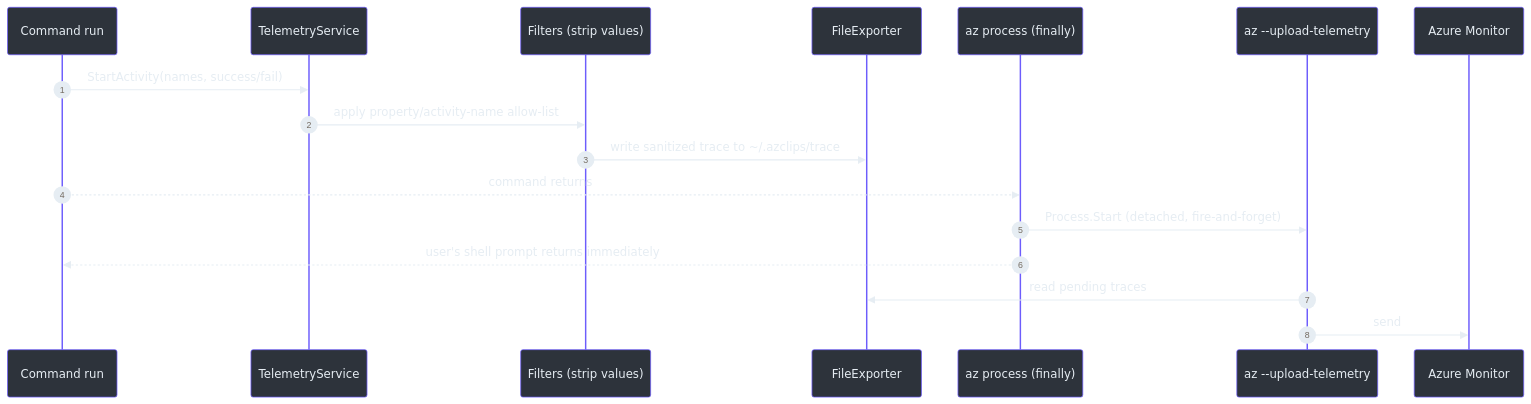
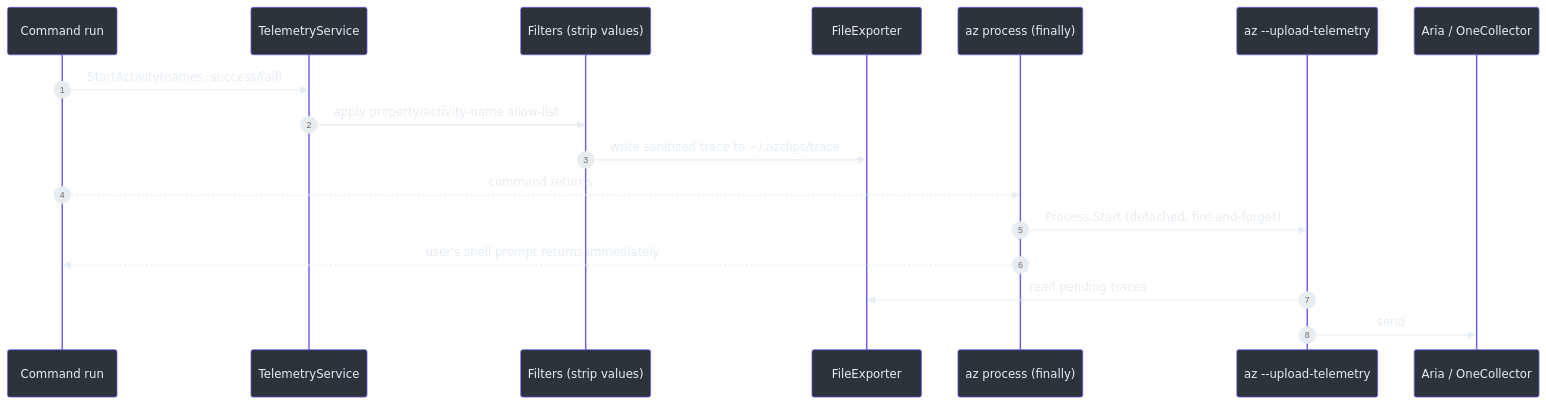
One commit to Azure/azclips changed the fifth of 5 diagrams in wiki/zero-to-hero-guide.md. Above: the diagram before and after it, drawn with Mermaid. The commit also changed 21 other files, not shown here.

````diff
--- a/wiki/zero-to-hero-guide.md
+++ b/wiki/zero-to-hero-guide.md
@@ -653,20 +653,20 @@
 ```mermaid
 %%{init: {'theme':'base','themeVariables':{'primaryColor':'#2d333b','primaryBorderColor':'#6d5dfc','primaryTextColor':'#e6edf3','lineColor':'#8b949e','clusterBkg':'#161b22','clusterBorder':'#30363d','fontFamily':'monospace'}}}%%
 sequenceDiagram
     autonumber
     participant CMD as Command run
     participant TS as TelemetryService
     participant F as Filters (strip values)
     participant FE as FileExporter
     participant P as az process (finally)
     participant UP as az --upload-telemetry
-    participant AM as Azure Monitor
+    participant Aria as Aria / OneCollector
     CMD->>TS: StartActivity(names, success/fail)
     TS->>F: apply property/activity-name allow-list
     F->>FE: write sanitized trace to ~/.azclips/trace
     CMD-->>P: command returns
     P->>UP: Process.Start (detached, fire-and-forget)
     P-->>CMD: user's shell prompt returns immediately
     UP->>FE: read pending traces
-    UP->>AM: send
+    UP->>Aria: send
 ```
````
